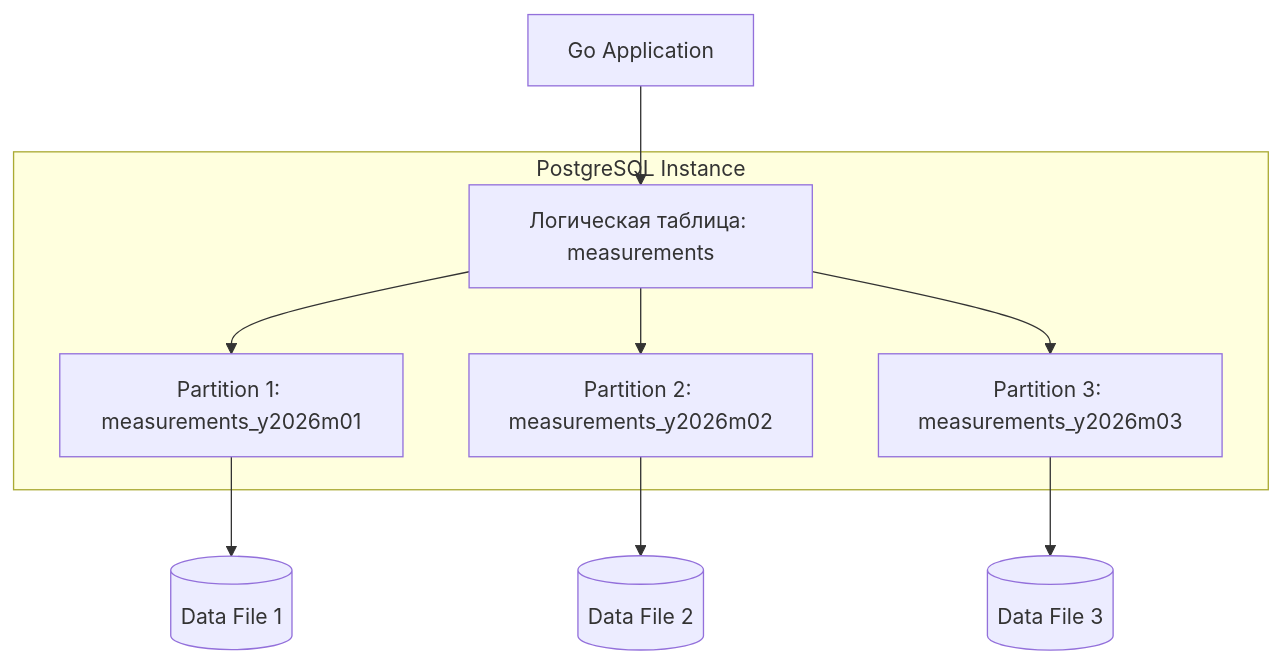
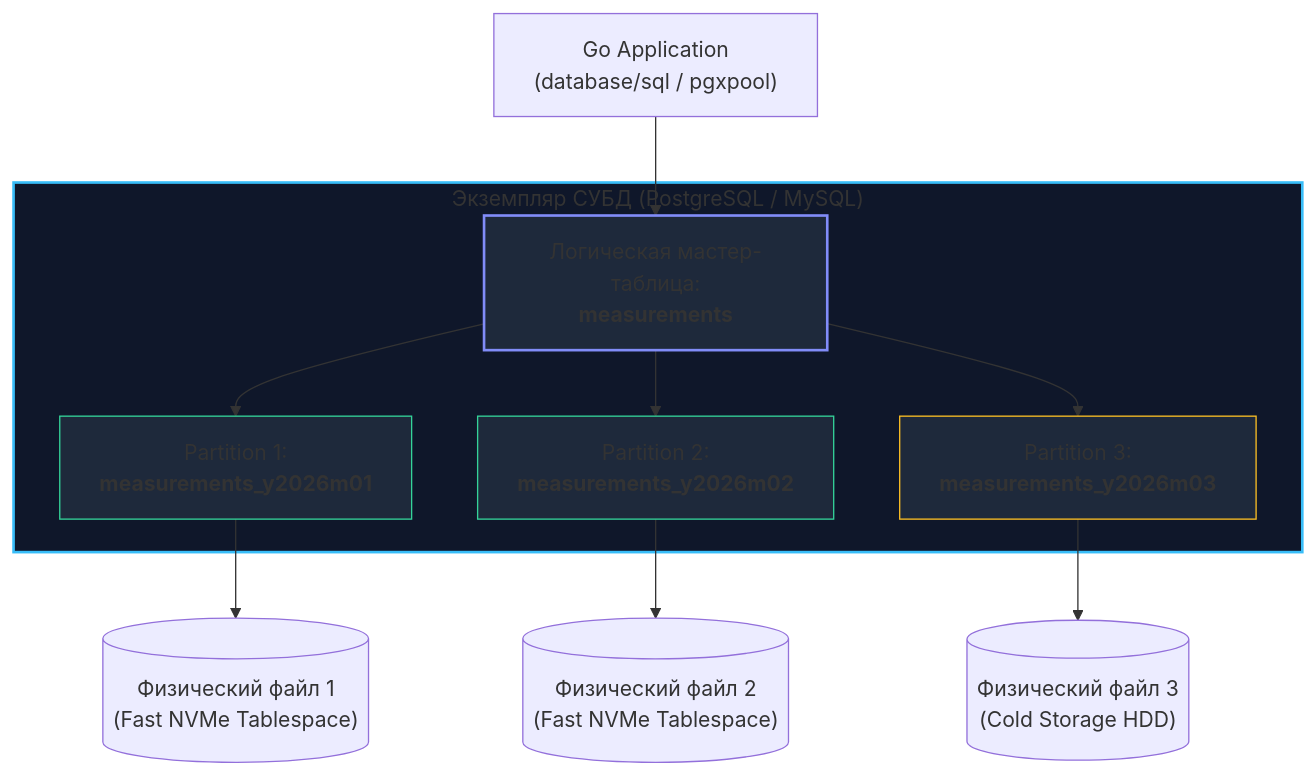
One commit to UnrealTemplier/go-textbook changed the diagram in sources/12. Базы данных/08. Распределенные базы данных/5. Partitioning.md. Above: the diagram before and after it, drawn with Mermaid. The commit also changed other lines of this file, not shown here.

````diff
--- a/sources/12. Базы данных/08. Распределенные базы данных/5. Partitioning.md
+++ b/sources/12. Базы данных/08. Распределенные базы данных/5. Partitioning.md
@@ -40,14 +15,20 @@
 ```mermaid
 flowchart TD
-    App["Go Application"] --> Parent["Логическая таблица: measurements"]
+    App["Go Application<br>(database/sql / pgxpool)"] --> Parent["Логическая мастер-таблица:<br><b>measurements</b>"]
     
-    subgraph "PostgreSQL Instance"
-        Parent --> P1["Partition 1: measurements_y2026m01"]
-        Parent --> P2["Partition 2: measurements_y2026m02"]
-        Parent --> P3["Partition 3: measurements_y2026m03"]
+    subgraph Engine ["Экземпляр СУБД (PostgreSQL / MySQL)"]
+        Parent --> P1["Partition 1:<br><b>measurements_y2026m01</b>"]
+        Parent --> P2["Partition 2:<br><b>measurements_y2026m02</b>"]
+        Parent --> P3["Partition 3:<br><b>measurements_y2026m03</b>"]
     end
     
-    P1 --> D1[("Data File 1")]
-    P2 --> D2[("Data File 2")]
-    P3 --> D3[("Data File 3")]
+    P1 --> D1[("Физический файл 1<br>(Fast NVMe Tablespace)")]
+    P2 --> D2[("Физический файл 2<br>(Fast NVMe Tablespace)")]
+    P3 --> D3[("Физический файл 3<br>(Cold Storage HDD)")]
+
+    style Engine fill:#0f172a,stroke:#38bdf8,stroke-width:2px
+    style Parent fill:#1e293b,stroke:#818cf8,stroke-width:2px
+    style P1 fill:#1e293b,stroke:#34d399,stroke-width:1px
+    style P2 fill:#1e293b,stroke:#34d399,stroke-width:1px
+    style P3 fill:#1e293b,stroke:#fbbf24,stroke-width:1px
 ```
````
